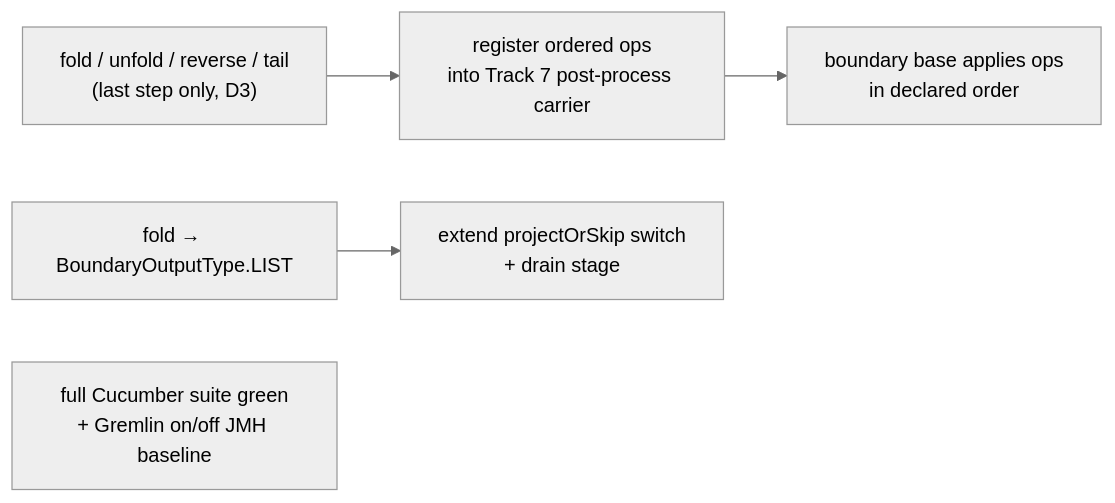
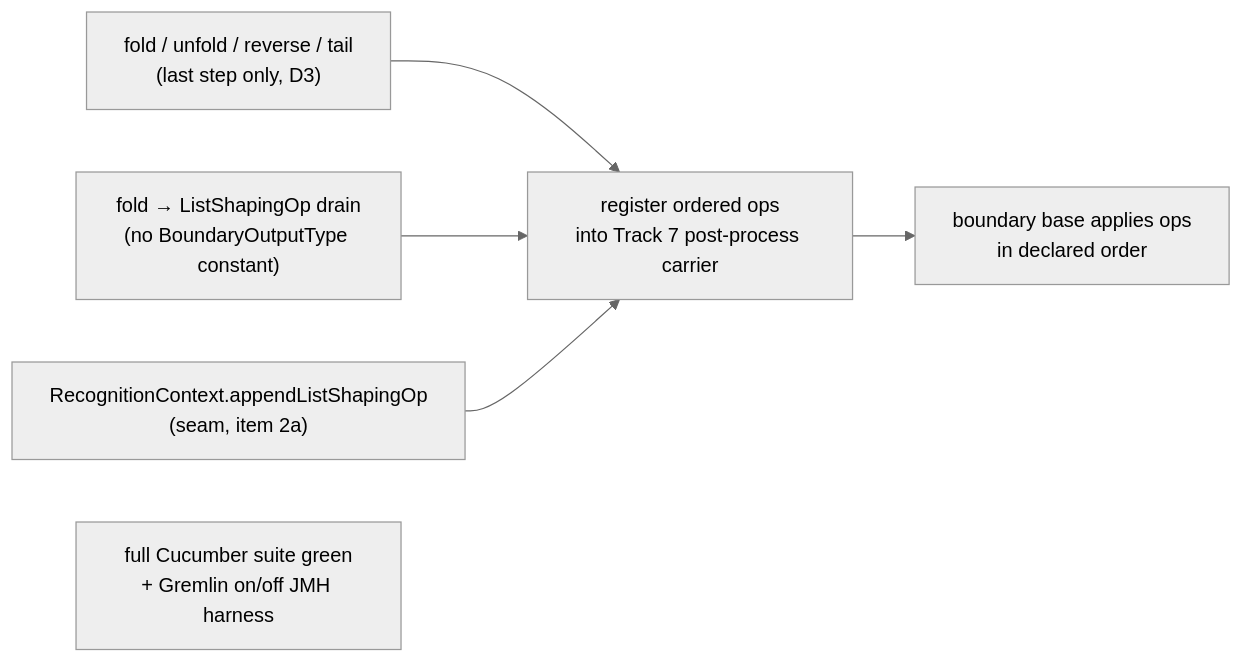
One commit to JetBrains/youtrackdb changed the diagram in docs/adr/gremlin-to-match-translator-design/_workflow/plan/track-9.md. Above: the diagram before and after it, drawn with Mermaid (neutral theme). The commit also changed other lines of this file and 5 other files, not shown here.

````diff
--- a/docs/adr/gremlin-to-match-translator-design/_workflow/plan/track-9.md
+++ b/docs/adr/gremlin-to-match-translator-design/_workflow/plan/track-9.md
@@ -43,7 +46,8 @@
 ```mermaid
 flowchart LR
     Term["fold / unfold / reverse / tail\n(last step only, D3)"] --> Reg["register ordered ops\ninto Track 7 post-process carrier"]
     Reg --> Boundary["boundary base applies ops\nin declared order"]
-    Fold["fold → BoundaryOutputType.LIST"] --> Switch["extend projectOrSkip switch\n+ drain stage"]
-    Harden["full Cucumber suite green\n+ Gremlin on/off JMH baseline"]
+    Fold["fold → ListShapingOp drain\n(no BoundaryOutputType constant)"] --> Reg
+    Seam["RecognitionContext.appendListShapingOp\n(seam, item 2a)"] --> Reg
+    Harden["full Cucumber suite green\n+ Gremlin on/off JMH harness"]
 ```
````
